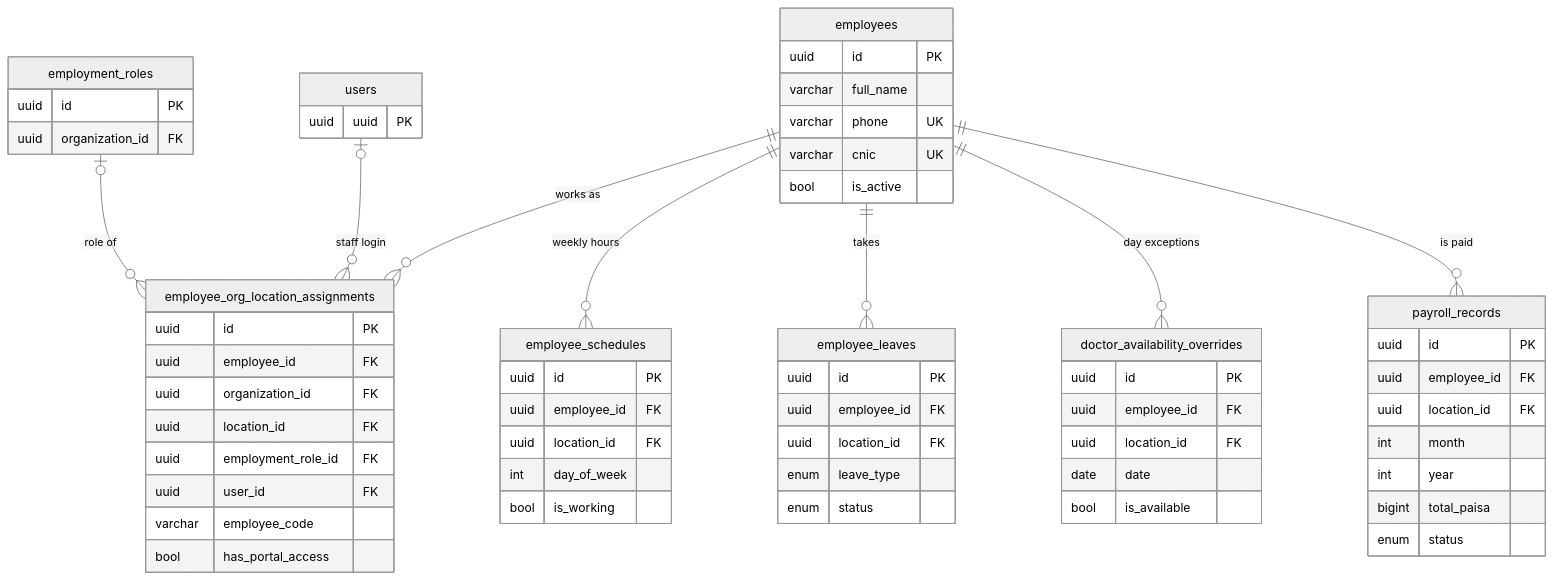
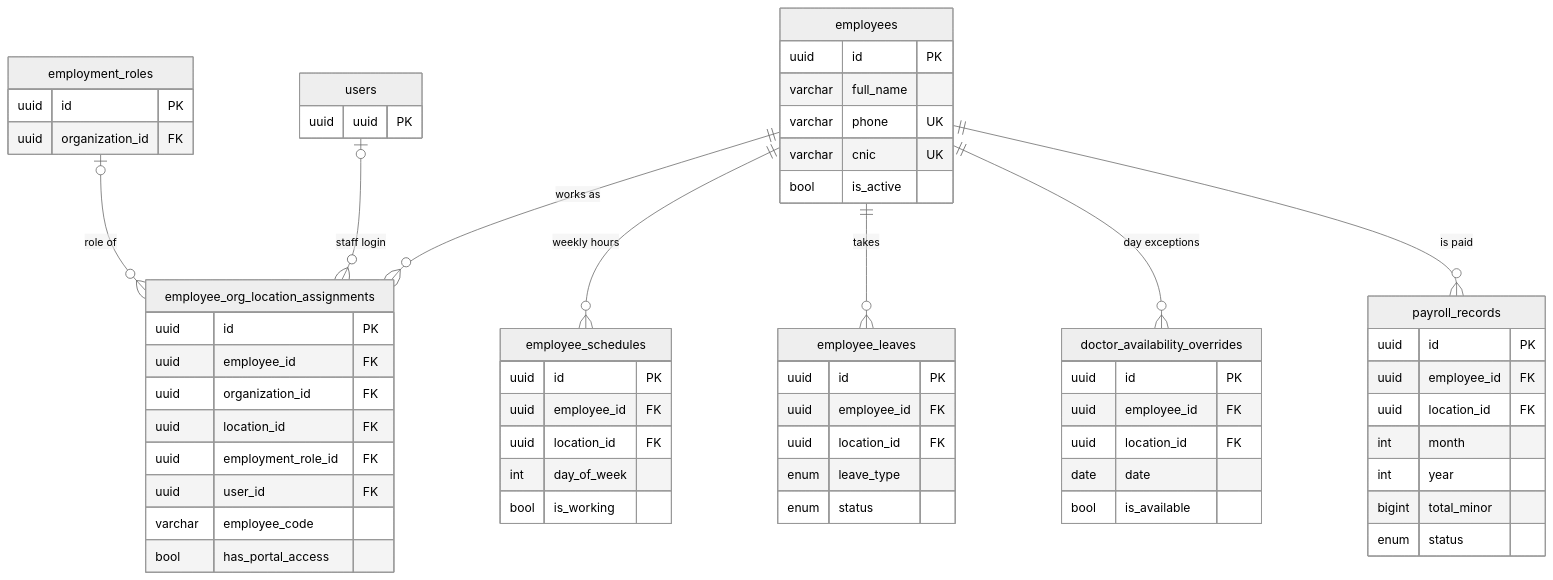
One commit to moinuddin2004/cms changed the diagram in docs/handbook/diagrams/ch16-staff-payroll-erd.mmd. Above: the diagram before and after it, drawn with Mermaid (neutral theme). The commit also changed 436 other files, not shown here.

```diff
--- a/docs/handbook/diagrams/ch16-staff-payroll-erd.mmd
+++ b/docs/handbook/diagrams/ch16-staff-payroll-erd.mmd
@@ -1,62 +1,62 @@
 erDiagram
   employees ||--o{ employee_org_location_assignments : "works as"
   employment_roles |o--o{ employee_org_location_assignments : "role of"
   users |o--o{ employee_org_location_assignments : "staff login"
   employees ||--o{ employee_schedules : "weekly hours"
   employees ||--o{ employee_leaves : "takes"
   employees ||--o{ doctor_availability_overrides : "day exceptions"
   employees ||--o{ payroll_records : "is paid"
   employees {
     uuid id PK
     varchar full_name
     varchar phone UK
     varchar cnic UK
     bool is_active
   }
   employee_org_location_assignments {
     uuid id PK
     uuid employee_id FK
     uuid organization_id FK
     uuid location_id FK
     uuid employment_role_id FK
     uuid user_id FK
     varchar employee_code
     bool has_portal_access
   }
   employment_roles {
     uuid id PK
     uuid organization_id FK
   }
   users {
     uuid uuid PK
   }
   employee_schedules {
     uuid id PK
     uuid employee_id FK
     uuid location_id FK
     int day_of_week
     bool is_working
   }
   employee_leaves {
     uuid id PK
     uuid employee_id FK
     uuid location_id FK
     enum leave_type
     enum status
   }
   doctor_availability_overrides {
     uuid id PK
     uuid employee_id FK
     uuid location_id FK
     date date
     bool is_available
   }
   payroll_records {
     uuid id PK
     uuid employee_id FK
     uuid location_id FK
     int month
     int year
-    bigint total_paisa
+    bigint total_minor
     enum status
   }
```
